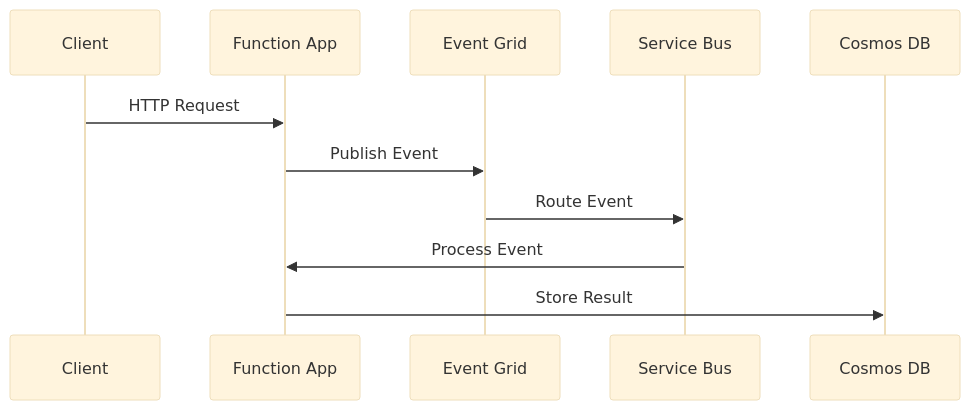
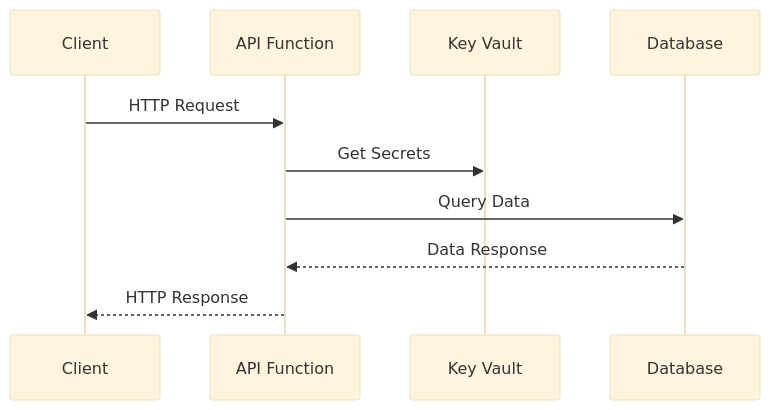
One commit to saravanakumarrc/Architecture_Journey changed the second of 6 diagrams in src/Serverless_Architecture_Patterns.md. Above: the diagram before and after it, drawn with Mermaid (base theme). The commit also changed other lines of this file and 4 other files, not shown here.

First line of the commit message:
Refactor Serverless Architecture Patterns and Testing Best Practices documentation

````diff
--- a/src/Serverless_Architecture_Patterns.md
+++ b/src/Serverless_Architecture_Patterns.md
@@ -579,14 +30,13 @@
 ```mermaid
 sequenceDiagram
     participant C as Client
-    participant F as Function App
-    participant EG as Event Grid
-    participant SB as Service Bus
-    participant DB as Cosmos DB
+    participant AF as API Function
+    participant KV as Key Vault
+    participant DB as Database
     
-    C->>F: HTTP Request
-    F->>EG: Publish Event
-    EG->>SB: Route Event
-    SB->>F: Process Event
-    F->>DB: Store Result
+    C->>AF: HTTP Request
+    AF->>KV: Get Secrets
+    AF->>DB: Query Data
+    DB-->>AF: Data Response
+    AF-->>C: HTTP Response
 ```
````
